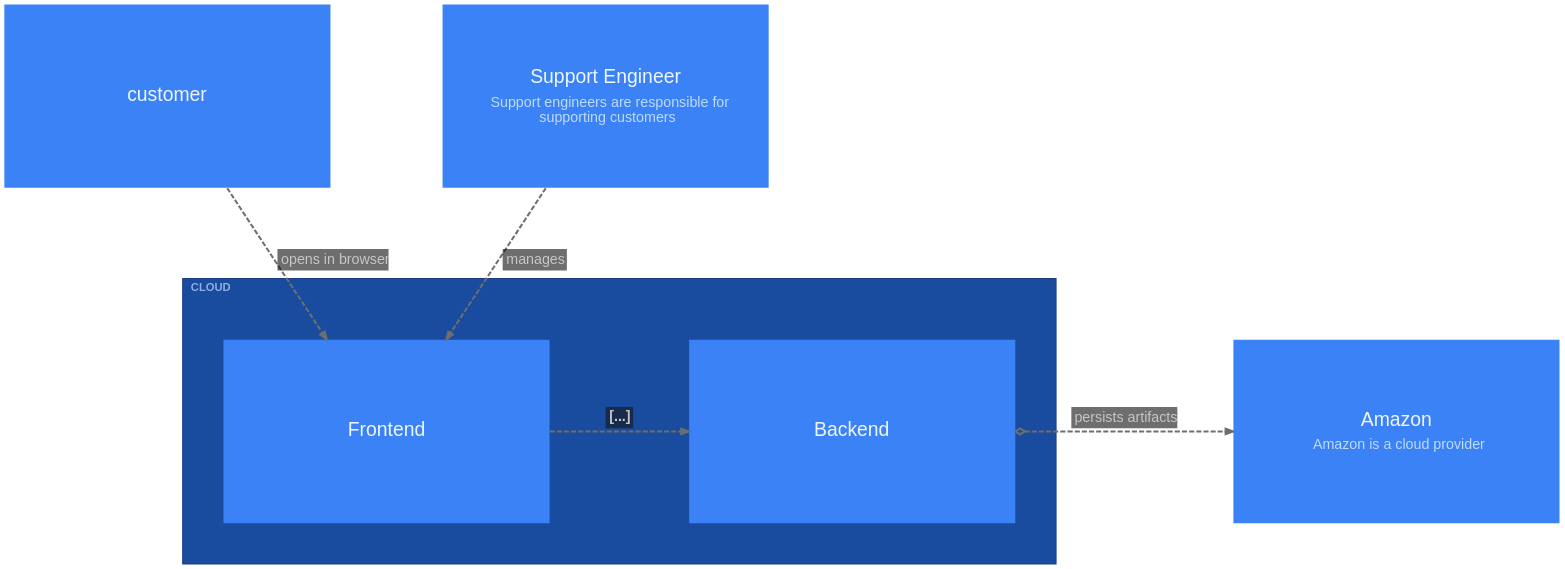
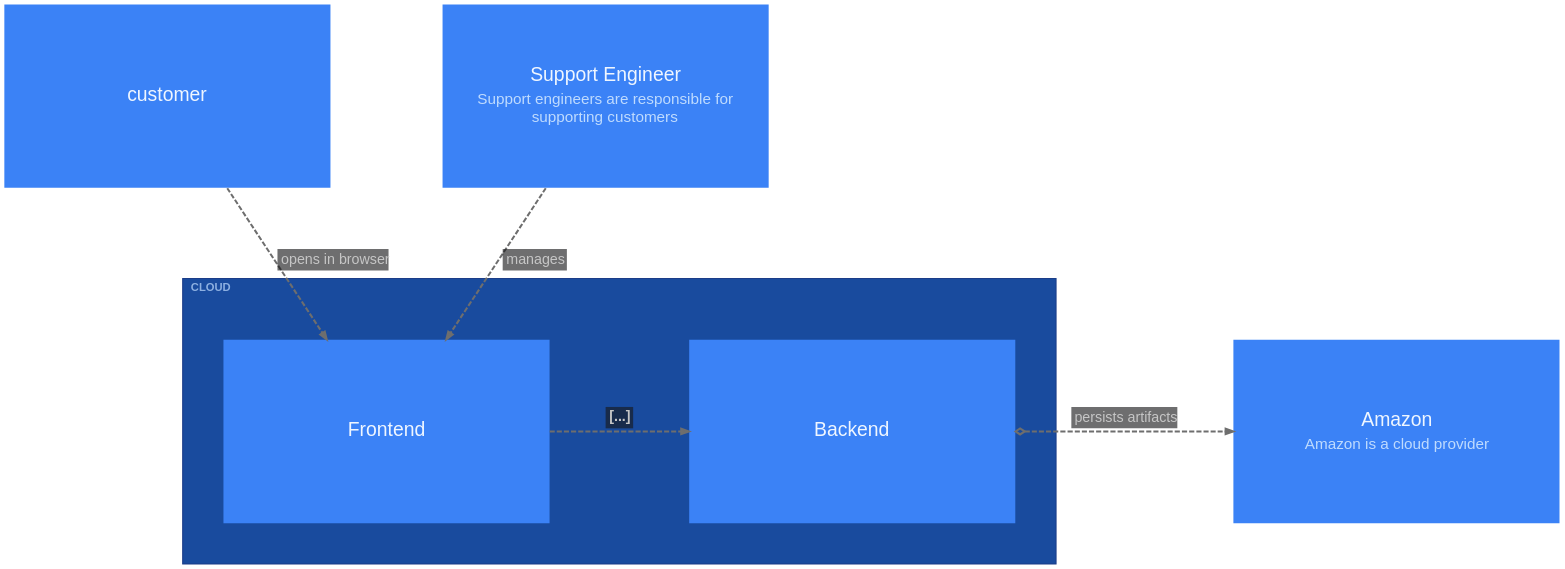
The diagram in packages/layouts/src/graphviz/__snapshots__/ElementViewPrinter-cloud.dot (likec4/likec4), drawn with Graphviz before and after one commit. The commit also changed 43 other files, not shown here.

First line of the commit message:
feat: support for new style properties `padding`, `size`, `textSize`

```diff
--- a/packages/layouts/src/graphviz/__snapshots__/ElementViewPrinter-cloud.dot
+++ b/packages/layouts/src/graphviz/__snapshots__/ElementViewPrinter-cloud.dot
@@ -1,106 +1,114 @@
 digraph {
   bgcolor = "transparent";
   layout = "dot";
   compound = true;
   rankdir = "TB";
   TBbalance = "min";
   splines = "spline";
   outputorder = "nodesfirst";
   nodesep = 1.528;
   ranksep = 1.667;
   pad = 0.209;
   fontname = "Arial";
   graph [
     fontsize = 15;
     labeljust = "l";
     labelloc = "t";
     margin = 50.1;
   ];
   edge [
     arrowsize = 0.75;
     fontname = "Arial";
     fontsize = 14;
     penwidth = 2;
     color = "#6E6E6E";
     fontcolor = "#C6C6C6";
   ];
   node [
     fontname = "Arial";
     shape = "rect";
-    width = 4.445;
-    height = 2.5;
     fillcolor = "#3b82f6";
     fontcolor = "#eff6ff";
     color = "#2563eb";
     style = "filled";
     penwidth = 0;
   ];
   "customer" [
     likec4_id = "customer";
     likec4_level = 0;
     label = <<FONT POINT-SIZE="19">customer</FONT>>;
-    margin = "0.362,0.362";
+    margin = "0.334,0.334";
+    width = 4.445;
+    height = 2.5;
   ];
   "support" [
     likec4_id = "support";
     likec4_level = 0;
-    label = <<TABLE BORDER="0" CELLPADDING="0" CELLSPACING="6"><TR><TD><FONT POINT-SIZE="19">Support Engineer</FONT></TD></TR><TR><TD><FONT POINT-SIZE="14" COLOR="#bfdbfe">Support engineers are responsible for<BR/>supporting customers</FONT></TD></TR></TABLE>>;
-    margin = "0.362,0.362";
+    label = <<TABLE BORDER="0" CELLPADDING="0" CELLSPACING="5"><TR><TD><FONT POINT-SIZE="19">Support Engineer</FONT></TD></TR><TR><TD><FONT POINT-SIZE="15" COLOR="#bfdbfe">Support engineers are responsible for<BR/>supporting customers</FONT></TD></TR></TABLE>>;
+    margin = "0.334,0.334";
+    width = 4.445;
+    height = 2.5;
   ];
   "frontend" [
     likec4_id = "cloud.frontend";
     likec4_level = 1;
     label = <<FONT POINT-SIZE="19">Frontend</FONT>>;
-    margin = "0.417,0.445";
+    margin = "0.389,0.417";
+    width = 4.445;
+    height = 2.5;
   ];
   "backend" [
     likec4_id = "cloud.backend";
     likec4_level = 1;
     label = <<FONT POINT-SIZE="19">Backend</FONT>>;
-    margin = "0.362,0.362";
+    margin = "0.334,0.334";
+    width = 4.445;
+    height = 2.5;
   ];
   "amazon" [
     likec4_id = "amazon";
     likec4_level = 0;
-    label = <<TABLE BORDER="0" CELLPADDING="0" CELLSPACING="6"><TR><TD><FONT POINT-SIZE="19">Amazon</FONT></TD></TR><TR><TD><FONT POINT-SIZE="14" COLOR="#bfdbfe">Amazon is a cloud provider</FONT></TD></TR></TABLE>>;
-    margin = "0.362,0.362";
+    label = <<TABLE BORDER="0" CELLPADDING="0" CELLSPACING="5"><TR><TD><FONT POINT-SIZE="19">Amazon</FONT></TD></TR><TR><TD><FONT POINT-SIZE="15" COLOR="#bfdbfe">Amazon is a cloud provider</FONT></TD></TR></TABLE>>;
+    margin = "0.334,0.334";
+    width = 4.445;
+    height = 2.5;
   ];
   subgraph "cluster_cloud" {
     likec4_id = "cloud";
     likec4_level = 0;
     likec4_depth = 1;
     fillcolor = "#194b9e";
     color = "#1b3d88";
     style = "filled";
     margin = 40;
     label = <<FONT POINT-SIZE="11" COLOR="#bfdbfeb3"><B>CLOUD</B></FONT>>;
     "frontend";
     "backend";
   }
   "customer" -> "frontend" [
     likec4_id = "customer:cloud.frontend";
     style = "dashed";
     label = <<TABLE BORDER="0" CELLPADDING="3" CELLSPACING="0" BGCOLOR="#18191bA0"><TR><TD ALIGN="TEXT" BALIGN="LEFT"><FONT POINT-SIZE="14">opens in browser</FONT></TD></TR></TABLE>>;
   ];
   "support" -> "frontend" [
     likec4_id = "support:cloud.frontend";
     style = "dashed";
     label = <<TABLE BORDER="0" CELLPADDING="3" CELLSPACING="0" BGCOLOR="#18191bA0"><TR><TD ALIGN="TEXT" BALIGN="LEFT"><FONT POINT-SIZE="14">manages</FONT></TD></TR></TABLE>>;
   ];
   "frontend" -> "backend" [
     likec4_id = "cloud.frontend:cloud.backend";
     style = "dashed";
     weight = 2;
     label = <<TABLE BORDER="0" CELLPADDING="3" CELLSPACING="0" BGCOLOR="#18191bA0"><TR><TD ALIGN="TEXT" BALIGN="LEFT"><FONT POINT-SIZE="14"><B>[...]</B></FONT></TD></TR></TABLE>>;
     minlen = 0;
   ];
   "backend" -> "amazon" [
     likec4_id = "cloud.backend:amazon";
     style = "dashed";
     label = <<TABLE BORDER="0" CELLPADDING="3" CELLSPACING="0" BGCOLOR="#18191bA0"><TR><TD ALIGN="TEXT" BALIGN="LEFT"><FONT POINT-SIZE="14">persists artifacts</FONT></TD></TR></TABLE>>;
     arrowhead = "normal";
     arrowtail = "odiamond";
     dir = "both";
     minlen = 0;
   ];
 }
```
